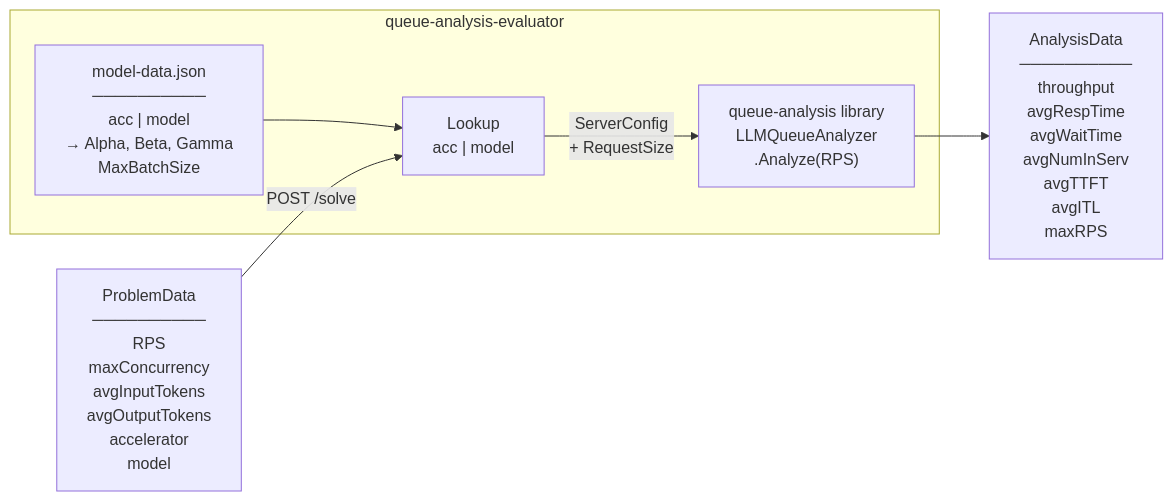
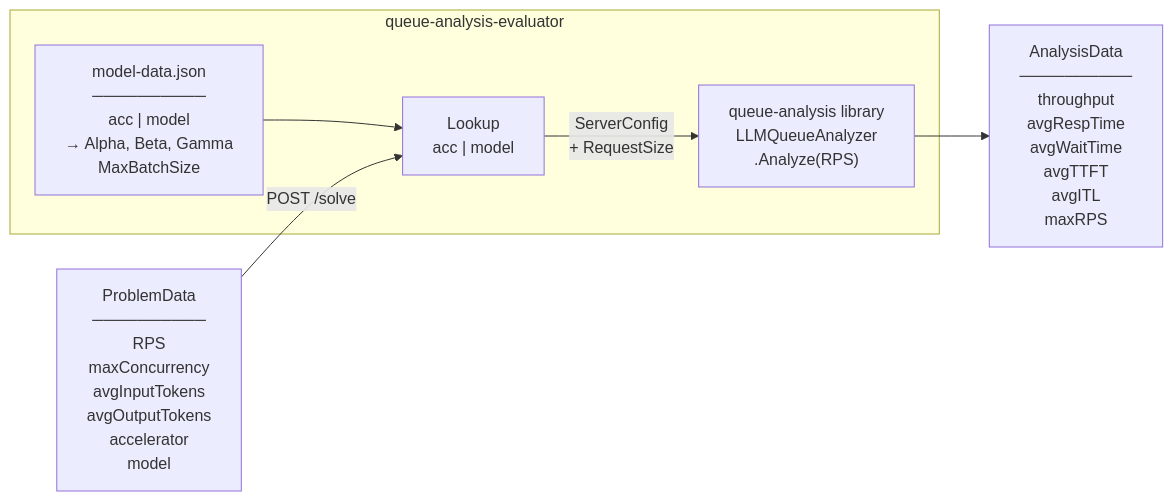
The fourth of 5 diagrams in README.md (llm-inferno/server-sim), drawn with Mermaid before and after one commit. The commit also changed other lines of this file and 7 other files, not shown here.

First line of the commit message:
Simplify blis-evaluator and remove AvgNumInServ from AnalysisData

````diff
--- a/README.md
+++ b/README.md
@@ -168,15 +167,15 @@
 ```mermaid
 flowchart LR
     PD["ProblemData\n──────────\nRPS\nmaxConcurrency\navgInputTokens\navgOutputTokens\naccelerator\nmodel"]
 
     subgraph qa["queue-analysis-evaluator"]
         Config["model-data.json\n──────────\nacc | model\n→ Alpha, Beta, Gamma\n   MaxBatchSize"]
         Lookup["Lookup\nacc | model"]
         Lib["queue-analysis library\nLLMQueueAnalyzer\n.Analyze(RPS)"]
         Config --> Lookup
     end
 
     PD -->|POST /solve| Lookup
     Lookup -->|"ServerConfig\n+ RequestSize"| Lib
-    Lib --> AD["AnalysisData\n──────────\nthroughput\navgRespTime\navgWaitTime\navgNumInServ\navgTTFT\navgITL\nmaxRPS"]
+    Lib --> AD["AnalysisData\n──────────\nthroughput\navgRespTime\navgWaitTime\navgTTFT\navgITL\nmaxRPS"]
 ```
````
